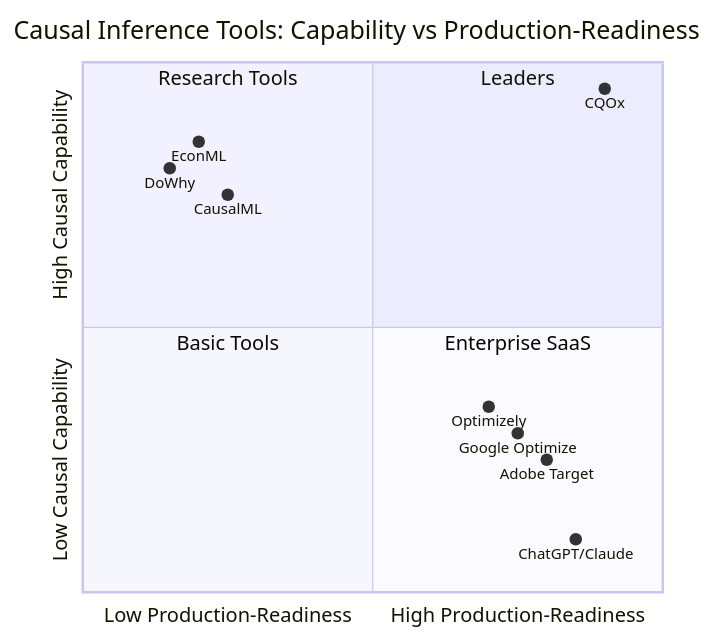
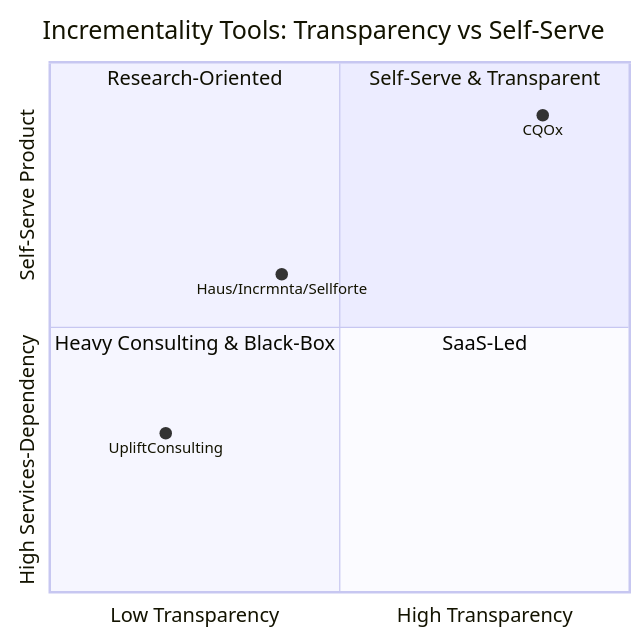
Before and after one commit to onodera22ten/CQOx_gen: the tenth of 16 diagrams in README.md, drawn with Mermaid. The commit also changed other lines of this file and 1 other file, not shown here.

````diff
--- a/README.md
+++ b/README.md
@@ -452,18 +461,13 @@
 ```mermaid
 quadrantChart
-    title Causal Inference Tools: Capability vs Production-Readiness
-    x-axis Low Production-Readiness --> High Production-Readiness
-    y-axis Low Causal Capability --> High Causal Capability
-    quadrant-1 Leaders
-    quadrant-2 Research Tools
-    quadrant-3 Basic Tools
-    quadrant-4 Enterprise SaaS
-    CQOx: [0.9, 0.95]
-    EconML: [0.2, 0.85]
-    DoWhy: [0.15, 0.80]
-    CausalML: [0.25, 0.75]
-    Google Optimize: [0.75, 0.30]
-    Adobe Target: [0.80, 0.25]
-    Optimizely: [0.70, 0.35]
-    ChatGPT/Claude: [0.85, 0.10]
+    title Incrementality Tools: Transparency vs Self-Serve
+    x-axis Low Transparency --> High Transparency
+    y-axis High Services-Dependency --> Self-Serve Product
+    quadrant-1 Self-Serve & Transparent
+    quadrant-2 Research-Oriented
+    quadrant-3 Heavy Consulting & Black-Box
+    quadrant-4 SaaS-Led
+    CQOx: [0.85, 0.90]
+    Haus/Incrmnta/Sellforte: [0.40, 0.60]
+    UpliftConsulting: [0.20, 0.30]
 ```
````
